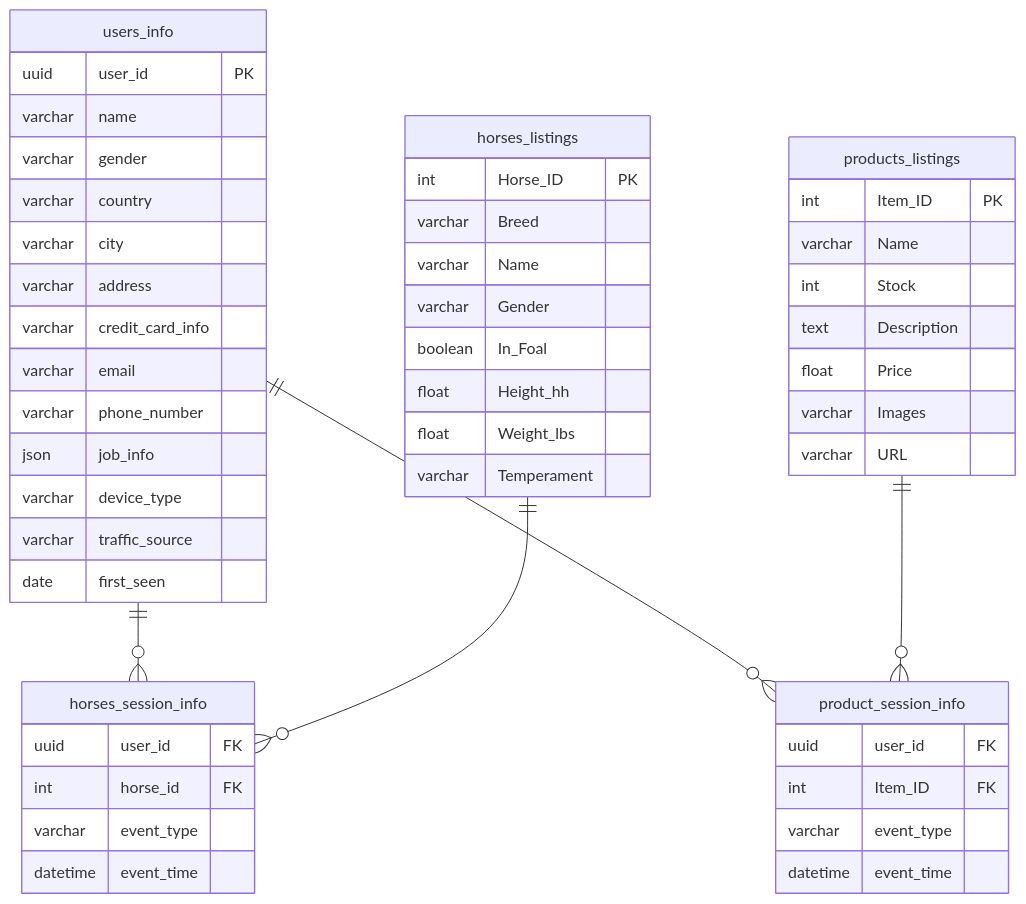
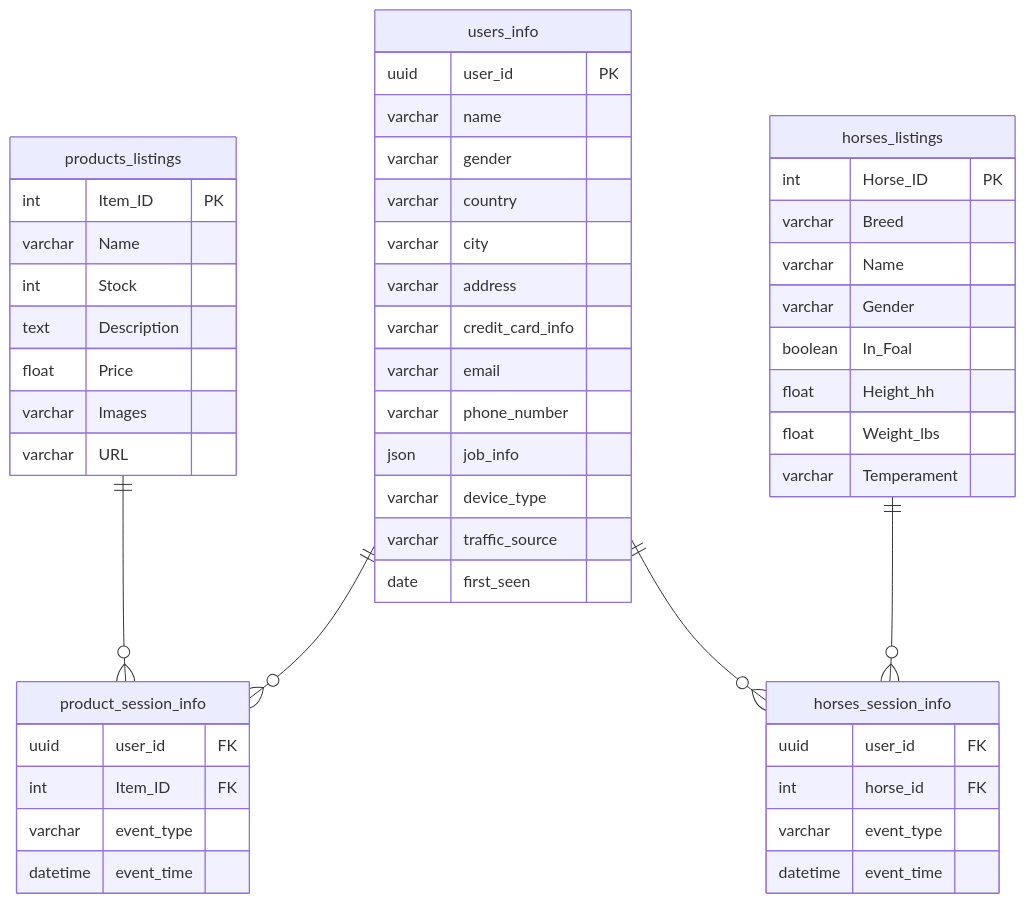
The diagram in README.md (No-Country-simulation/S02-26-E45-Data_Science_EquineLead), drawn with Mermaid before and after one commit.

Commit message:
Refactor ER diagram in README
Removed duplicate relationship lines in the ER diagram.

````diff
--- a/README.md
+++ b/README.md
@@ -120,58 +120,58 @@
 ```mermaid
 erDiagram
+    products_listings ||--o{ product_session_info : ""
+    users_info ||--o{ product_session_info : ""
     users_info ||--o{ horses_session_info : ""
-    users_info ||--o{ product_session_info : ""   
     horses_listings ||--o{ horses_session_info : ""
-    products_listings ||--o{ product_session_info : ""
 
     users_info {
         uuid user_id PK
         varchar name
         varchar gender
         varchar country
         varchar city
         varchar address
         varchar credit_card_info
         varchar email
         varchar phone_number
         json job_info
         varchar device_type
         varchar traffic_source
         date first_seen
     }
 
     horses_session_info {
         uuid user_id FK
         int horse_id FK
         varchar event_type
         datetime event_time
     }
 
     product_session_info {
         uuid user_id FK
         int Item_ID FK
         varchar event_type
         datetime event_time
     }
 
     horses_listings {
         int Horse_ID PK
         varchar Breed
         varchar Name
         varchar Gender
         boolean In_Foal
         float Height_hh
         float Weight_lbs
         varchar Temperament
     }
 
     products_listings {
         int Item_ID PK
         varchar Name
         int Stock
         text Description
         float Price
         varchar Images
         varchar URL
     }
 ```
````
